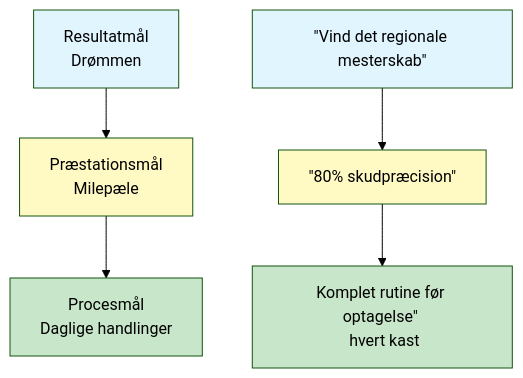
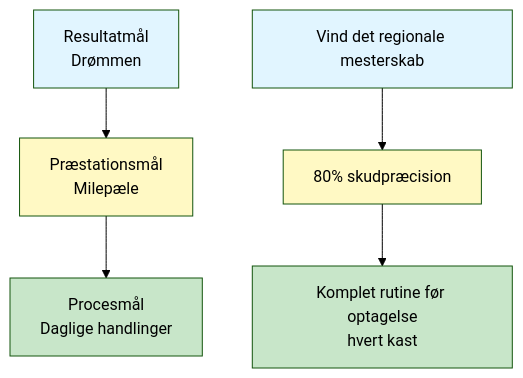
The diagram in docs/da/education/goals/index.md (patwii/petanque-academy), drawn with Mermaid (forest theme) before and after one commit. The commit also changed 8 other files, not shown here.

````diff
--- a/docs/da/education/goals/index.md
+++ b/docs/da/education/goals/index.md
@@ -42,15 +42,15 @@
 ```mermaid
 graph TD
     A[Resultatmål <br/> Drømmen] --> B[Præstationsmål <br/> Milepæle]
     B --> C[Procesmål <br/> Daglige handlinger]
 
-    A2[&quot;Vind det regionale mesterskab&quot;] --> B2[&quot;80% skudpræcision&quot;]
-    B2 --> C2[&quot;Komplet rutine før optagelse&quot; <br/> hvert kast&quot;]
+    A2["Vind det regionale mesterskab"] --> B2["80% skudpræcision"]
+    B2 --> C2["Komplet rutine før optagelse<br/>hvert kast"]
 
     style A fill:#e1f5ff
     style B fill:#fff9c4
     style C fill:#c8e6c9
     style A2 fill:#e1f5ff
     style B2 fill:#fff9c4
     style C2 fill:#c8e6c9
 ```
````
